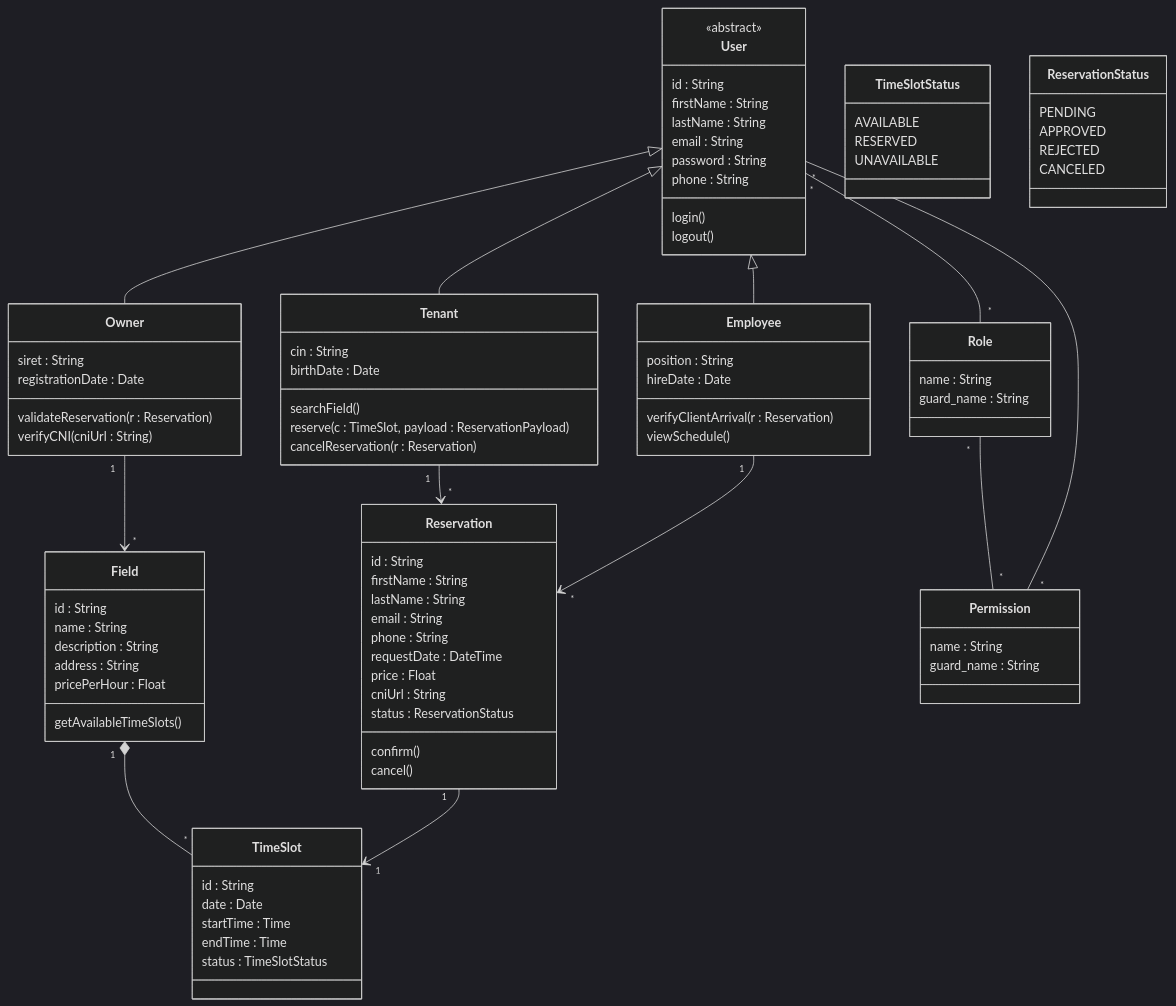
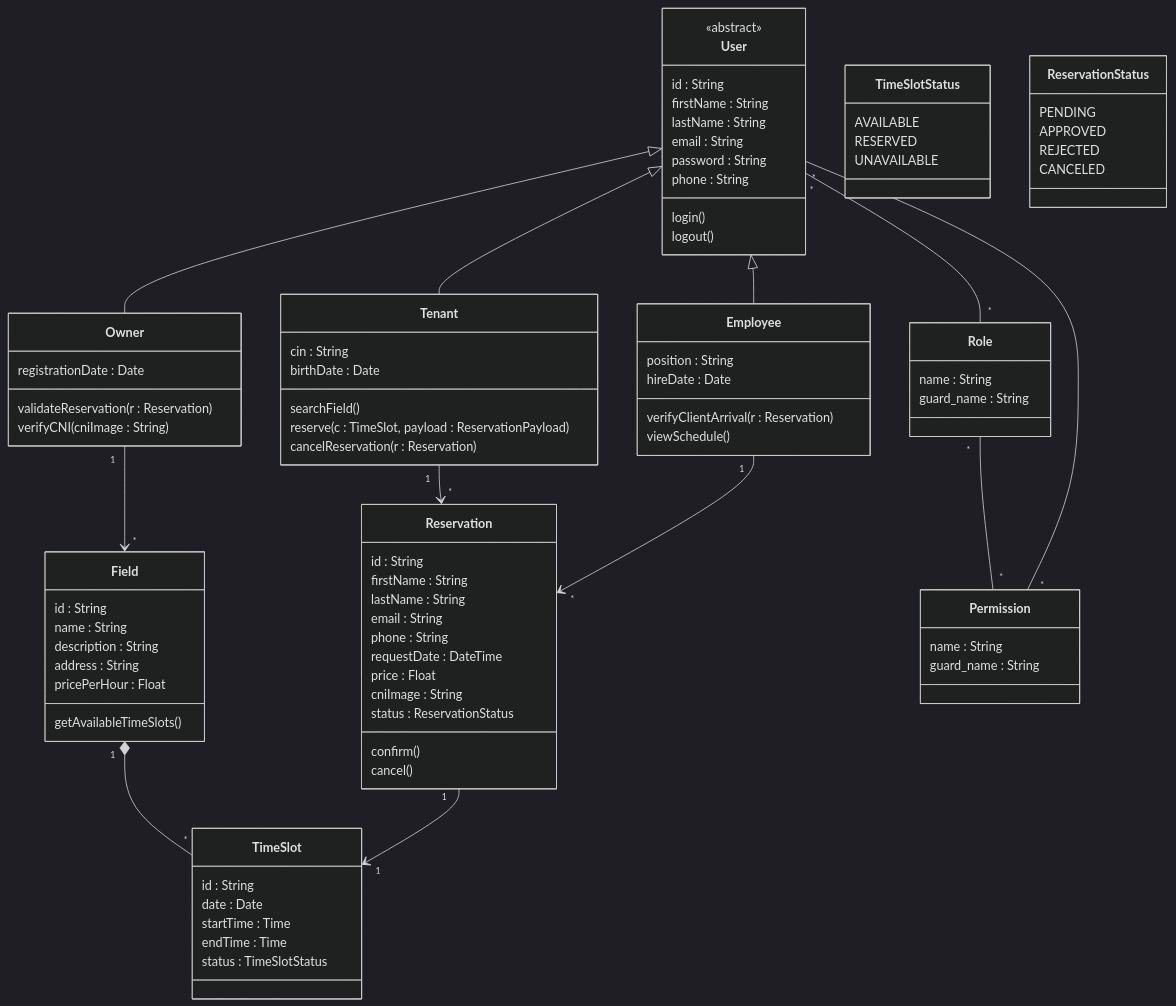
The diagram in Analyse/diagramme-de-classe/diagramme-classe.mmd (Adnane-x87/ProMatch), drawn with Mermaid (dark theme) before and after one commit. The commit also changed 16 other files, not shown here.

Commit message:
feat: Introduce core application models, CSV-based database seeding, and a class diagram for the application's data structure.

```diff
--- a/Analyse/diagramme-de-classe/diagramme-classe.mmd
+++ b/Analyse/diagramme-de-classe/diagramme-classe.mmd
@@ -1,109 +1,104 @@
 classDiagram
 
 class User {
     <<abstract>>
     id : String
     firstName : String
     lastName : String
     email : String
     password : String
     phone : String
     login()
     logout()
 }
 
 class Owner {
-    siret : String
     registrationDate : Date
     validateReservation(r : Reservation)
-    verifyCNI(cniUrl : String)
+    verifyCNI(cniImage : String)
 }
 
 class Tenant {
     cin : String
     birthDate : Date
     searchField()
     reserve(c : TimeSlot, payload : ReservationPayload)
     cancelReservation(r : Reservation)
 }
 
 class Employee {
     position : String
     hireDate : Date
     verifyClientArrival(r : Reservation)
     viewSchedule()
 }
 
 User <|-- Owner
 User <|-- Tenant
 User <|-- Employee
-
 
 class Field {
     id : String
     name : String
     description : String
     address : String
     pricePerHour : Float
     getAvailableTimeSlots()
 }
 
 class TimeSlot {
     id : String
     date : Date
     startTime : Time
     endTime : Time
     status : TimeSlotStatus
 }
 
 class TimeSlotStatus {
     AVAILABLE
     RESERVED
     UNAVAILABLE
 }
 
 Field "1" *-- "*" TimeSlot
 
-
 class Reservation {
     id : String
     firstName : String
     lastName : String
     email : String
     phone : String
     requestDate : DateTime
     price : Float
-    cniUrl : String
+    cniImage : String
     status : ReservationStatus
     confirm()
     cancel()
 }
 
 class ReservationStatus {
     PENDING
     APPROVED
     REJECTED
     CANCELED
 }
 
 Tenant "1" --> "*" Reservation
 Reservation "1" --> "1" TimeSlot
 Employee "1" --> "*" Reservation
 
-
 class Role {
     name : String
     guard_name : String
 }
 
 class Permission {
     name : String
     guard_name : String
 }
 
 User "*" -- "*" Role
 Role "*" -- "*" Permission
 User "*" -- "*" Permission
 
-
 Owner "1" --> "*" Field
```
